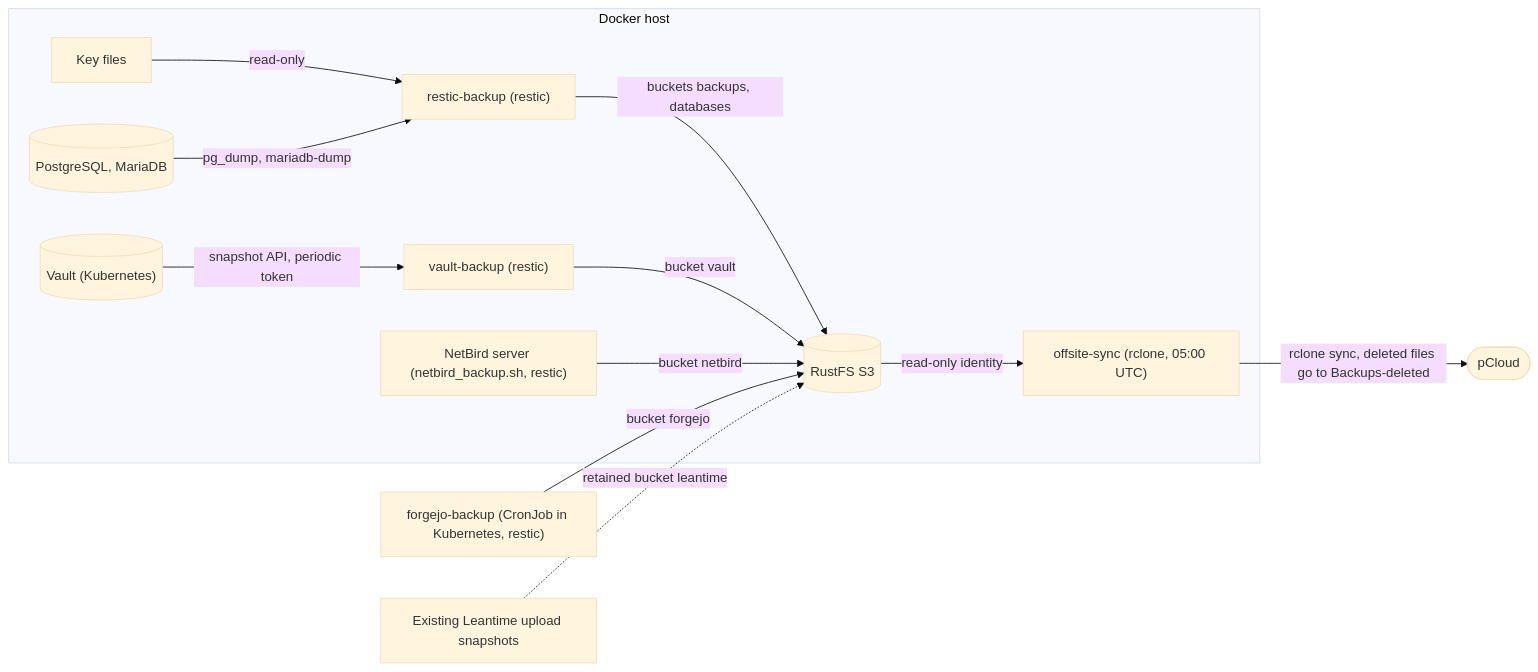
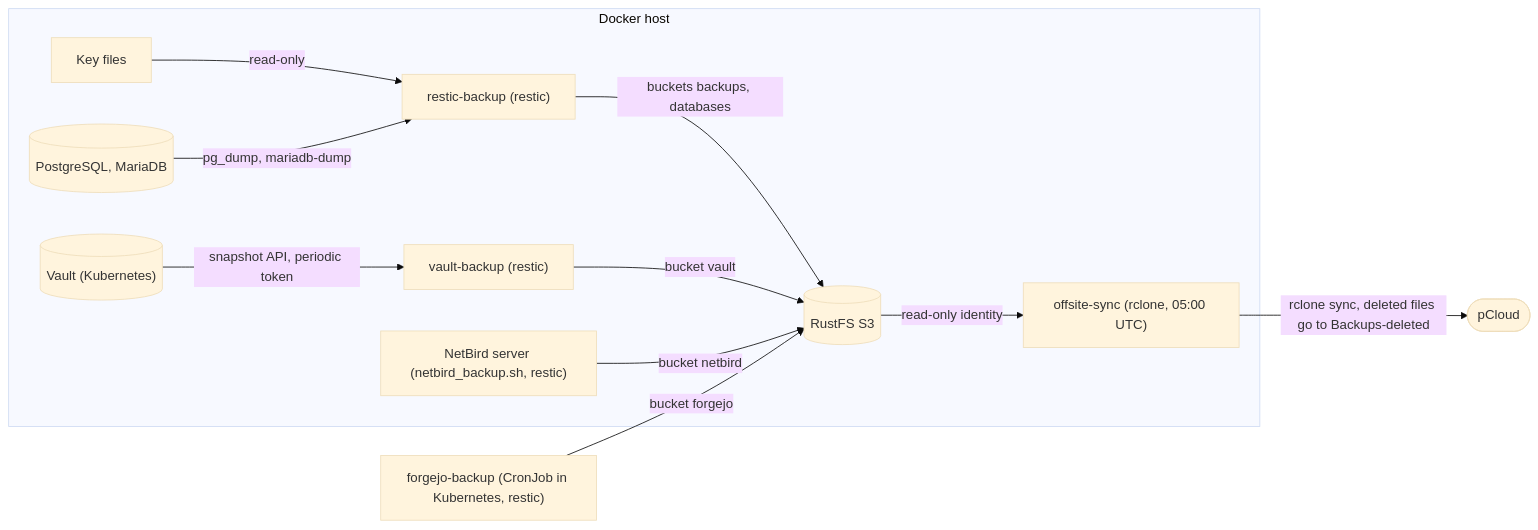
Before and after one commit to ToXiCCuss/gitops: the diagram in docs/backups.md, drawn with Mermaid (base theme). The commit also changed other lines of this file and 16 other files, not shown here.

First line of the commit message:
chore: remove the retained Leantime archive

````diff
--- a/docs/backups.md
+++ b/docs/backups.md
@@ -7,16 +7,15 @@
 ```mermaid
 flowchart LR
   vault[("Vault (Kubernetes)")]
   subgraph host["Docker host"]
     vault -->|"snapshot API, periodic token"| vaultbackup["vault-backup (restic)"]
     keys["Key files"] -->|read-only| resticbackup["restic-backup (restic)"]
     pg[("PostgreSQL, MariaDB")] -->|"pg_dump, mariadb-dump"| resticbackup
     resticbackup -->|"buckets backups, databases"| s3[("RustFS S3")]
     vaultbackup -->|bucket vault| s3
     netbird["NetBird server (netbird_backup.sh, restic)"] -->|bucket netbird| s3
     s3 -->|read-only identity| sync["offsite-sync (rclone, 05:00 UTC)"]
   end
   forgejobackup["forgejo-backup (CronJob in Kubernetes, restic)"] -->|bucket forgejo| s3
-  leantimearchive["Existing Leantime upload snapshots"] -.->|retained bucket leantime| s3
   sync -->|"rclone sync, deleted files go to Backups-deleted"| pcloud(["pCloud"])
 ```
````
